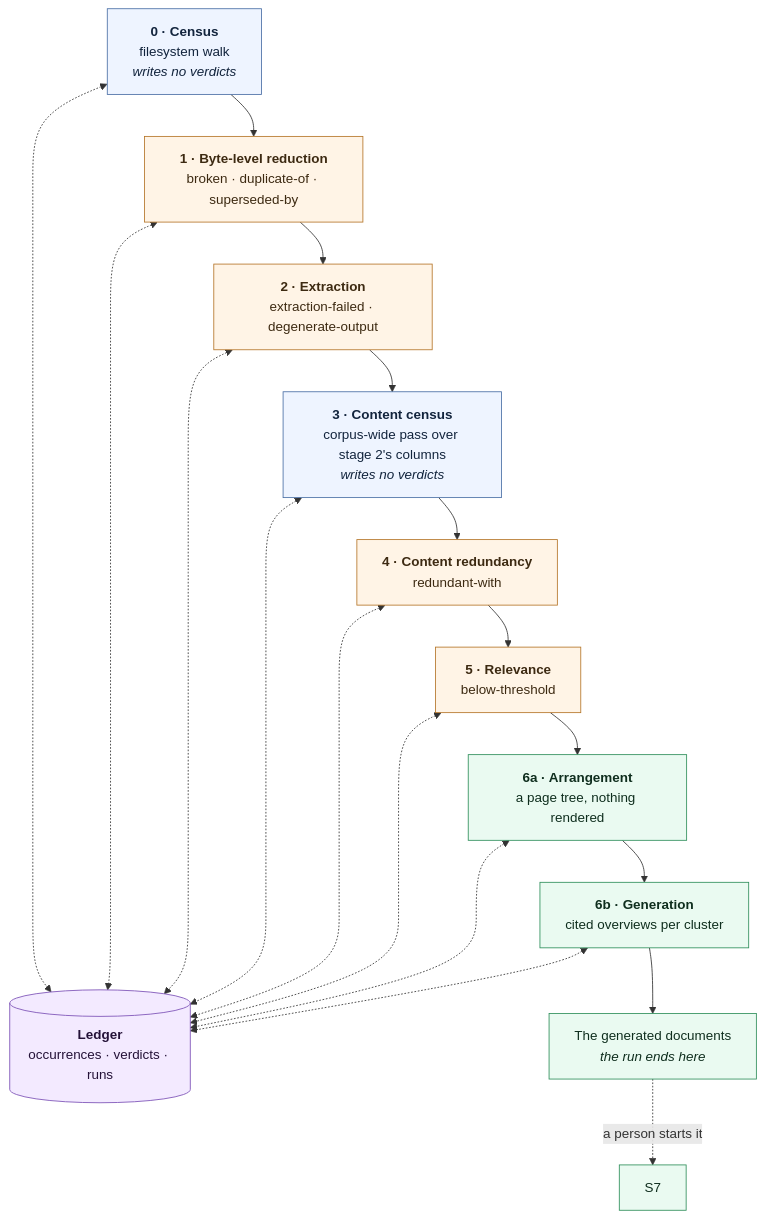
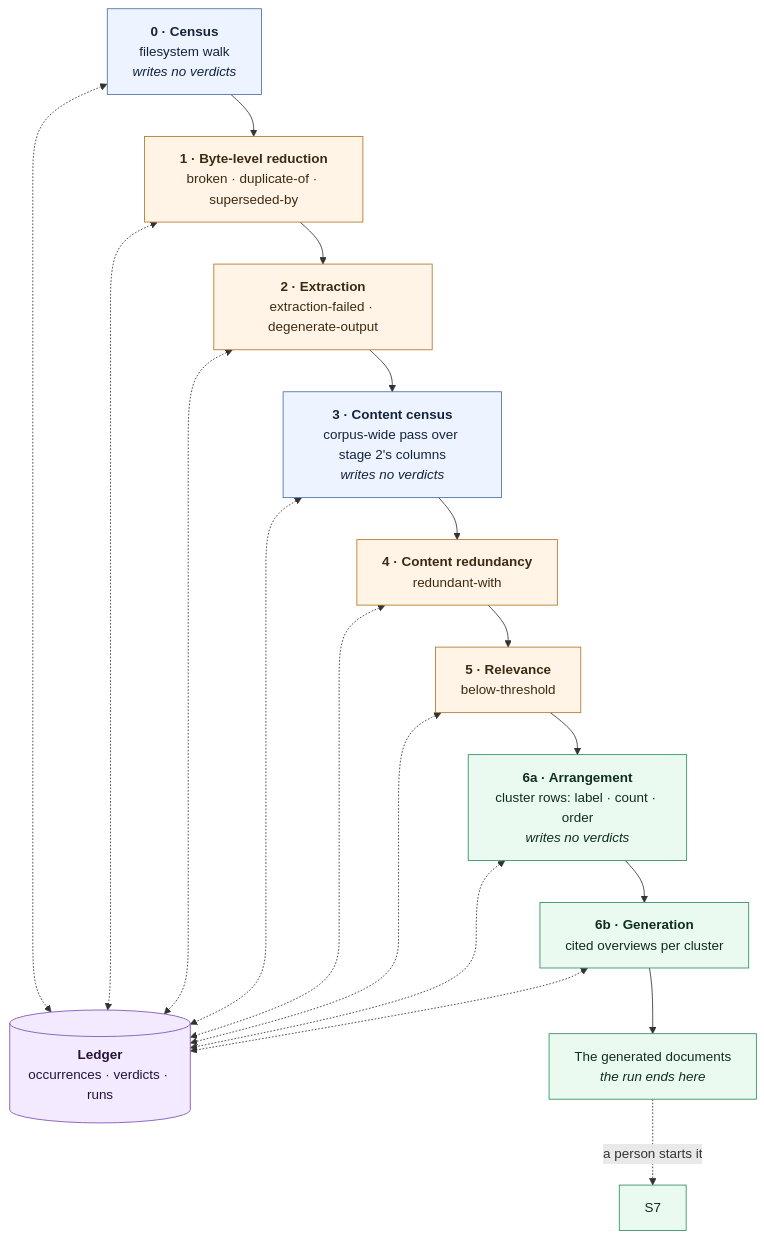
One commit to algernon28/vespera changed the first of 6 diagrams in docs/architecture.md. Above: the diagram before and after it, drawn with Mermaid. The commit also changed other lines of this file and 61 other files, not shown here.

````diff
--- a/docs/architecture.md
+++ b/docs/architecture.md
@@ -35,34 +35,34 @@
 ```mermaid
 flowchart TD
     S0["<b>0 · Census</b><br/>filesystem walk<br/><i>writes no verdicts</i>"]
     S1["<b>1 · Byte-level reduction</b><br/>broken · duplicate-of · superseded-by"]
     S2["<b>2 · Extraction</b><br/>extraction-failed · degenerate-output"]
     S3["<b>3 · Content census</b><br/>corpus-wide pass over stage 2's columns<br/><i>writes no verdicts</i>"]
     S4["<b>4 · Content redundancy</b><br/>redundant-with"]
     S5["<b>5 · Relevance</b><br/>below-threshold"]
-    S6A["<b>6a · Arrangement</b><br/>a page tree, nothing rendered"]
+    S6A["<b>6a · Arrangement</b><br/>cluster rows: label · count · order<br/><i>writes no verdicts</i>"]
     S6B["<b>6b · Generation</b><br/>cited overviews per cluster"]
     LEDGER[("<b>Ledger</b><br/>occurrences · verdicts · runs")]
     ART["The generated documents<br/><i>the run ends here</i>"]
 
     S0 --> S1 --> S2 --> S3 --> S4 --> S5 --> S6A --> S6B --> ART
     ART -. "a person starts it" .-> S7
 
     S0 <-.-> LEDGER
     S1 <-.-> LEDGER
     S2 <-.-> LEDGER
     S3 <-.-> LEDGER
     S4 <-.-> LEDGER
     S5 <-.-> LEDGER
     S6A <-.-> LEDGER
     S6B <-.-> LEDGER
 
     classDef measure fill:#eef4ff,stroke:#4a6fa5,color:#12243d
     classDef judge fill:#fff4e6,stroke:#b5762a,color:#3d2a12
     classDef out fill:#eafaf1,stroke:#2f8f5b,color:#0f2e1e
     classDef store fill:#f3eaff,stroke:#7a4fb5,color:#241238
     class S0,S3 measure
     class S1,S2,S4,S5 judge
     class S6A,S6B,S7,ART out
     class LEDGER store
 ```
````
